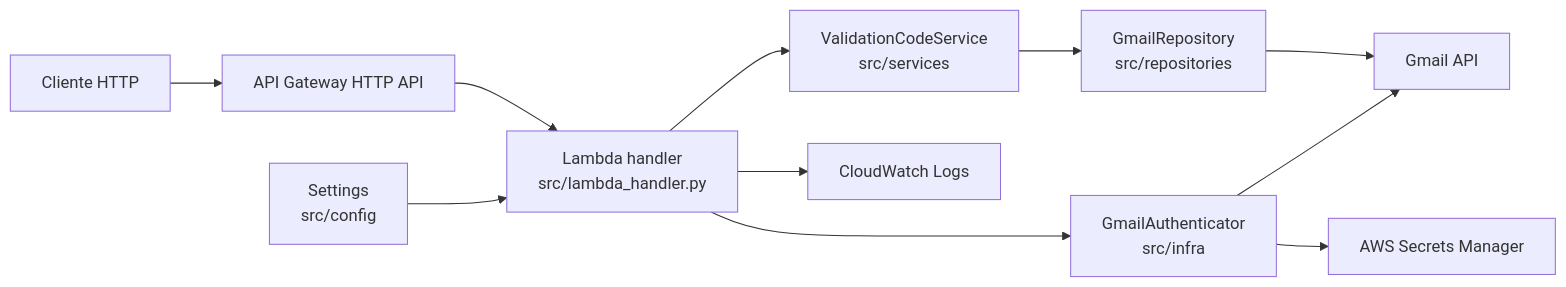
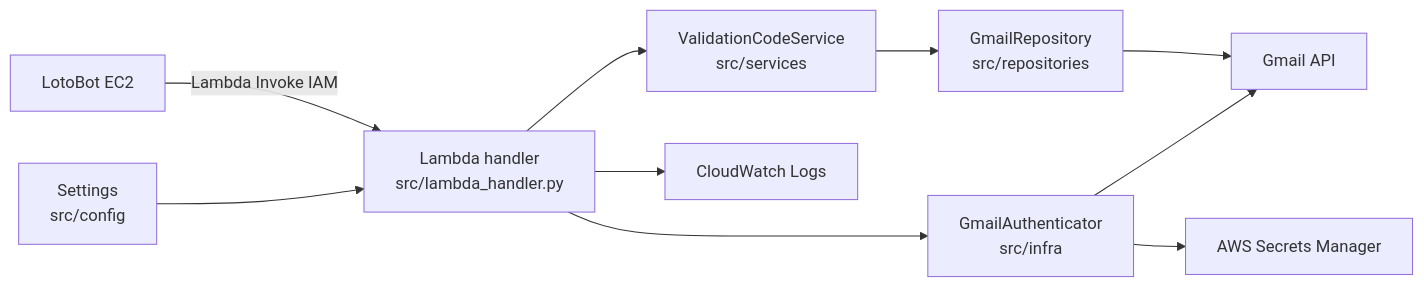
Before and after one commit to cams7-ai/gmail-reader-aws: the first of 3 diagrams in README.md, drawn with Mermaid. The commit also changed other lines of this file and 6 other files, not shown here.

````diff
--- a/README.md
+++ b/README.md
@@ -76,13 +75,12 @@
 ```mermaid
 flowchart LR
-    Client["Cliente HTTP"] --> ApiGateway["API Gateway HTTP API"]
-    ApiGateway --> Handler["Lambda handler\nsrc/lambda_handler.py"]
+    Client["LotoBot EC2"] -->|Lambda Invoke IAM| Handler["Lambda handler\nsrc/lambda_handler.py"]
     Handler --> Service["ValidationCodeService\nsrc/services"]
     Service --> Repository["GmailRepository\nsrc/repositories"]
     Repository --> Gmail["Gmail API"]
     Handler --> Auth["GmailAuthenticator\nsrc/infra"]
     Auth --> Secrets["AWS Secrets Manager"]
     Auth --> Gmail
     Settings["Settings\nsrc/config"] --> Handler
     Handler --> Logs["CloudWatch Logs"]
 ```
````
